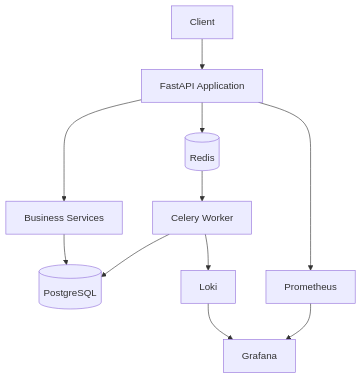
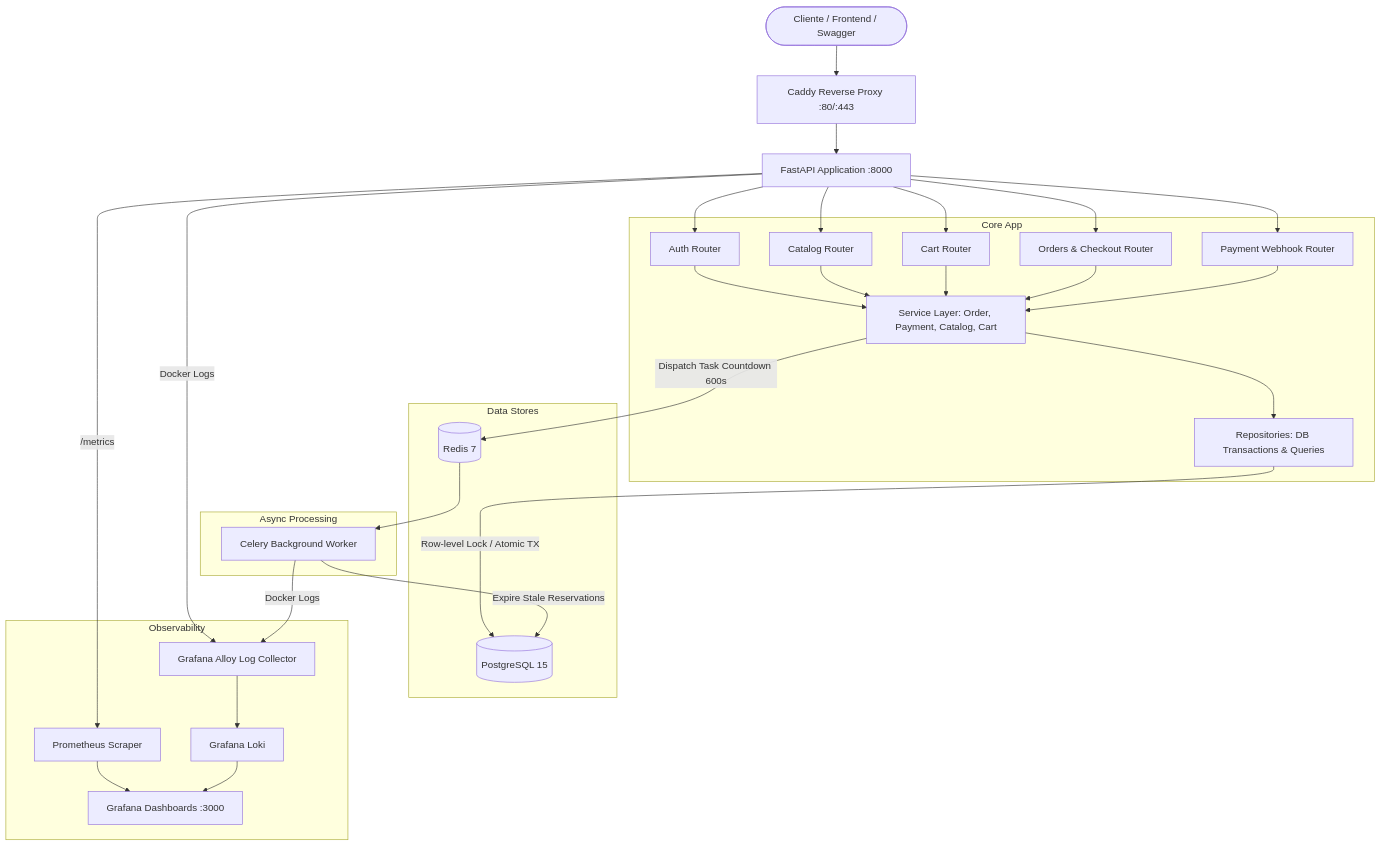
Before and after one commit to AndresPimentel-dev/Marketplace-API: the first of 2 diagrams in README.md, drawn with Mermaid. The commit also changed other lines of this file, not shown here.

````diff
--- a/README.md
+++ b/README.md
@@ -115,23 +57,48 @@
 ```mermaid
 flowchart TD
-    Client[Client]
-    API[FastAPI Application]
-    Services[Business Services]
-    DB[(PostgreSQL)]
-    Redis[(Redis)]
-    Worker[Celery Worker]
-    Prom[Prometheus]
-    Loki[Loki]
-    Grafana[Grafana]
+    Client([Cliente / Frontend / Swagger])
+    Caddy[Caddy Reverse Proxy :80/:443]
+    FastAPI[FastAPI Application :8000]
+    
+    subgraph Core App
+        AuthRouter[Auth Router]
+        CatalogRouter[Catalog Router]
+        CartRouter[Cart Router]
+        OrderRouter[Orders & Checkout Router]
+        WebhookRouter[Payment Webhook Router]
+        Services[Service Layer: Order, Payment, Catalog, Cart]
+        Repos[Repositories: DB Transactions & Queries]
+    end
 
-    Client --> API
-    API --> Services
-    Services --> DB
-    API --> Redis
-    Redis --> Worker
-    Worker --> DB
-    API --> Prom
-    Worker --> Loki
-    Prom --> Grafana
+    subgraph Data Stores
+        PostgreSQL[(PostgreSQL 15)]
+        Redis[(Redis 7)]
+    end
+
+    subgraph Async Processing
+        CeleryWorker[Celery Background Worker]
+    end
+
+    subgraph Observability
+        Prometheus[Prometheus Scraper]
+        Loki[Grafana Loki]
+        Alloy[Grafana Alloy Log Collector]
+        Grafana[Grafana Dashboards :3000]
+    end
+
+    Client --> Caddy
+    Caddy --> FastAPI
+    FastAPI --> AuthRouter & CatalogRouter & CartRouter & OrderRouter & WebhookRouter
+    AuthRouter & CatalogRouter & CartRouter & OrderRouter & WebhookRouter --> Services
+    Services --> Repos
+    Repos -->|Row-level Lock / Atomic TX| PostgreSQL
+    Services -->|Dispatch Task Countdown 600s| Redis
+    Redis --> CeleryWorker
+    CeleryWorker -->|Expire Stale Reservations| PostgreSQL
+    
+    FastAPI -->|/metrics| Prometheus
+    Prometheus --> Grafana
+    FastAPI & CeleryWorker -->|Docker Logs| Alloy
+    Alloy --> Loki
     Loki --> Grafana
 ```
````
